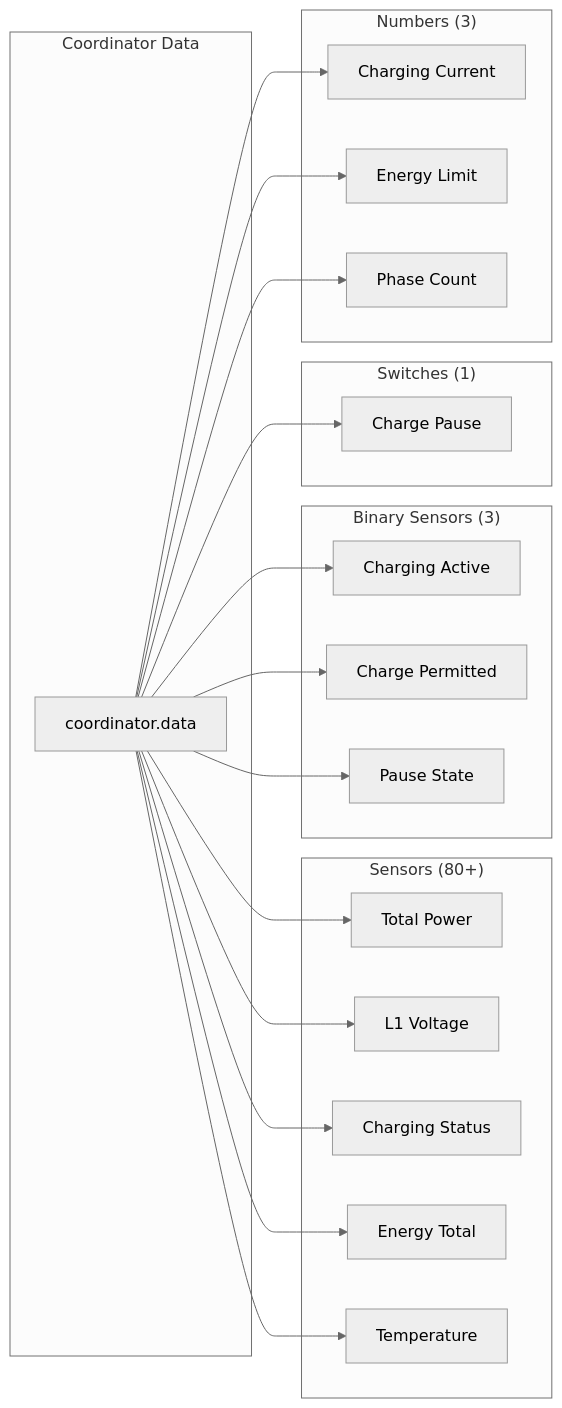
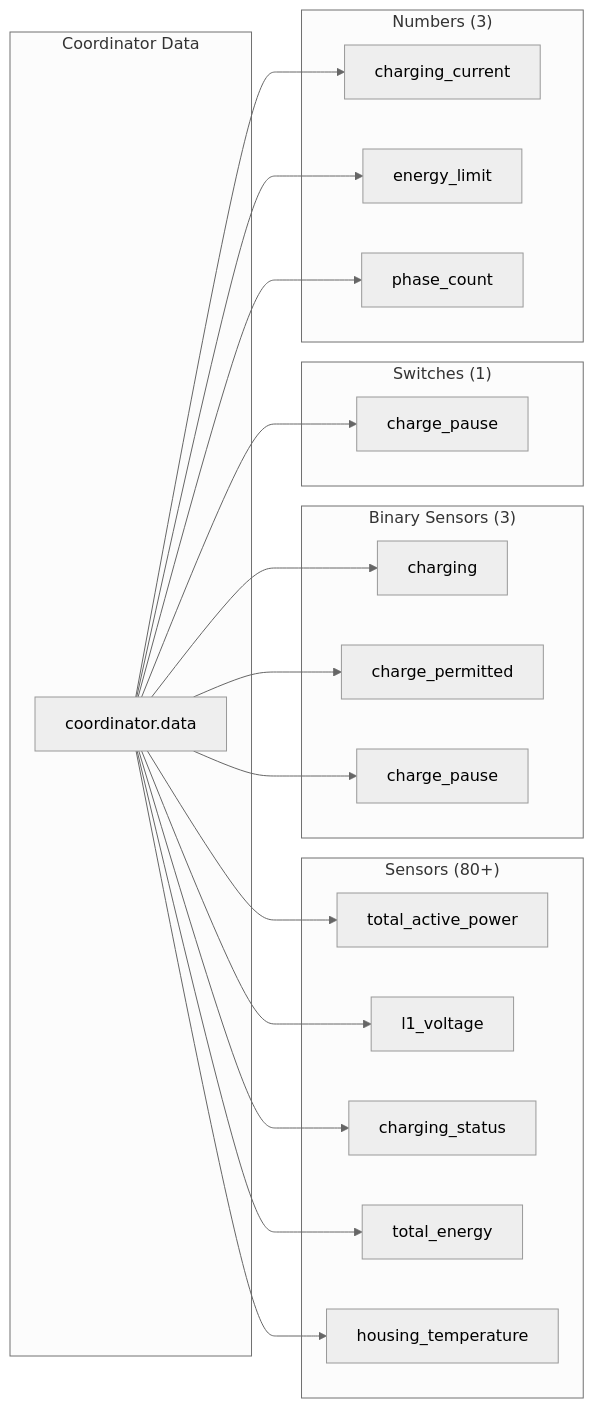
The fifth of 8 diagrams in ARCHITECTURE.md (andijakl/nrgkick-homeassistant), drawn with Mermaid (neutral theme) before and after one commit. The commit also changed other lines of this file and 2 other files, not shown here.

Commit message:
Update readme files with minor improvements

````diff
--- a/ARCHITECTURE.md
+++ b/ARCHITECTURE.md
@@ -600,43 +604,43 @@
 ```mermaid
 graph LR
     subgraph "Coordinator Data"
         CD[coordinator.data]
     end
 
     subgraph "Sensors (80+)"
-        S1[Total Power]
-        S2[L1 Voltage]
-        S3[Charging Status]
-        S4[Energy Total]
-        S5[Temperature]
+        S1[total_active_power]
+        S2[l1_voltage]
+        S3[charging_status]
+        S4[total_energy]
+        S5[housing_temperature]
     end
 
     subgraph "Binary Sensors (3)"
-        B1[Charging Active]
-        B2[Charge Permitted]
-        B3[Pause State]
+        B1[charging]
+        B2[charge_permitted]
+        B3[charge_pause]
     end
 
     subgraph "Switches (1)"
-        SW1[Charge Pause]
+        SW1[charge_pause]
     end
 
     subgraph "Numbers (3)"
-        N1[Charging Current]
-        N2[Energy Limit]
-        N3[Phase Count]
+        N1[charging_current]
+        N2[energy_limit]
+        N3[phase_count]
     end
 
     CD --> S1
     CD --> S2
     CD --> S3
     CD --> S4
     CD --> S5
     CD --> B1
     CD --> B2
     CD --> B3
     CD --> SW1
     CD --> N1
     CD --> N2
     CD --> N3
 ```
````
